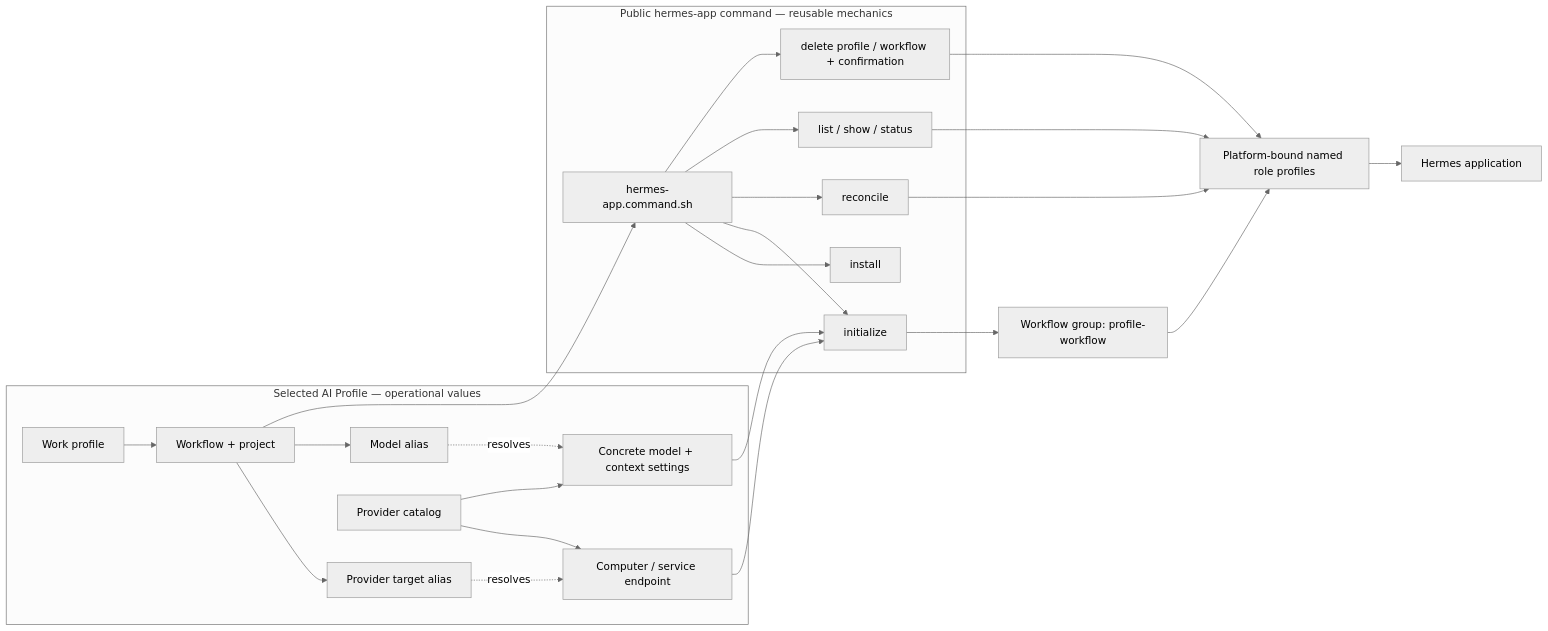
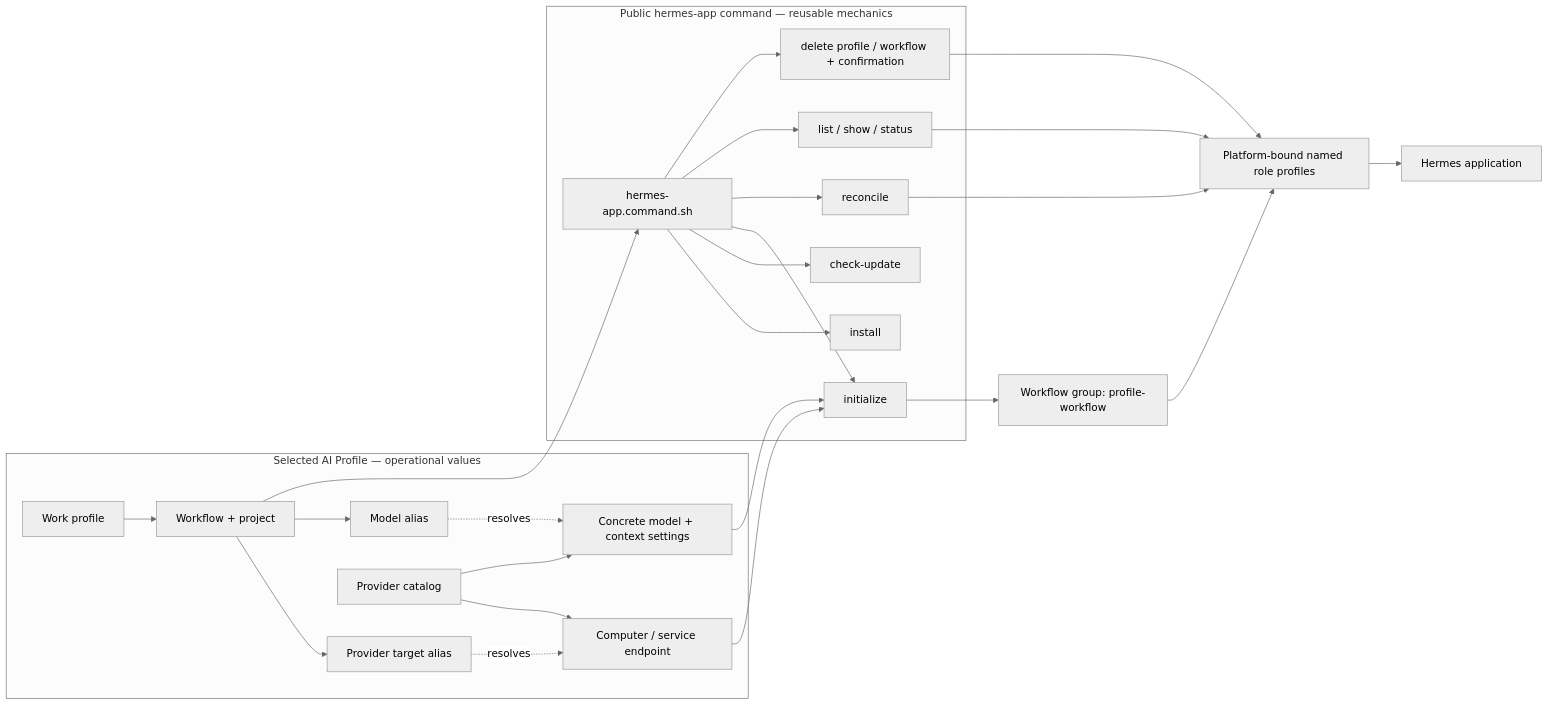
One commit to starodubtsevconsulting/ai-fleas changed the diagram in ai-commands/hermes-app/hermes-app.command.md. Above: the diagram before and after it, drawn with Mermaid (neutral theme). The commit also changed other lines of this file and 5 other files, not shown here.

````diff
--- a/ai-commands/hermes-app/hermes-app.command.md
+++ b/ai-commands/hermes-app/hermes-app.command.md
@@ -9,36 +9,38 @@
 ```mermaid
 flowchart LR
   subgraph PrivateProfile["Selected AI Profile — operational values"]
     Profile["Work profile"] --> Workflow["Workflow + project"]
     Workflow --> TargetAlias["Provider target alias"]
     Workflow --> ModelAlias["Model alias"]
     Catalog["Provider catalog"] --> Target["Computer / service endpoint"]
     Catalog --> Model["Concrete model + context settings"]
     TargetAlias -. resolves .-> Target
     ModelAlias -. resolves .-> Model
   end
 
   subgraph PublicCommand["Public hermes-app command — reusable mechanics"]
     Dispatcher["hermes-app.command.sh"]
     Install["install"]
+    CheckUpdate["check-update"]
     Initialize["initialize"]
     Reconcile["reconcile"]
     Inspect["list / show / status"]
     Delete["delete profile / workflow + confirmation"]
     Dispatcher --> Install
+    Dispatcher --> CheckUpdate
     Dispatcher --> Initialize
     Dispatcher --> Reconcile
     Dispatcher --> Inspect
     Dispatcher --> Delete
   end
 
   Workflow --> Dispatcher
   Target --> Initialize
   Model --> Initialize
   Initialize --> Group["Workflow group: profile-workflow"]
   Group --> Roster["Platform-bound named role profiles"]
   Reconcile --> Roster
   Inspect --> Roster
   Delete --> Roster
   Roster --> App["Hermes application"]
 ```
````
